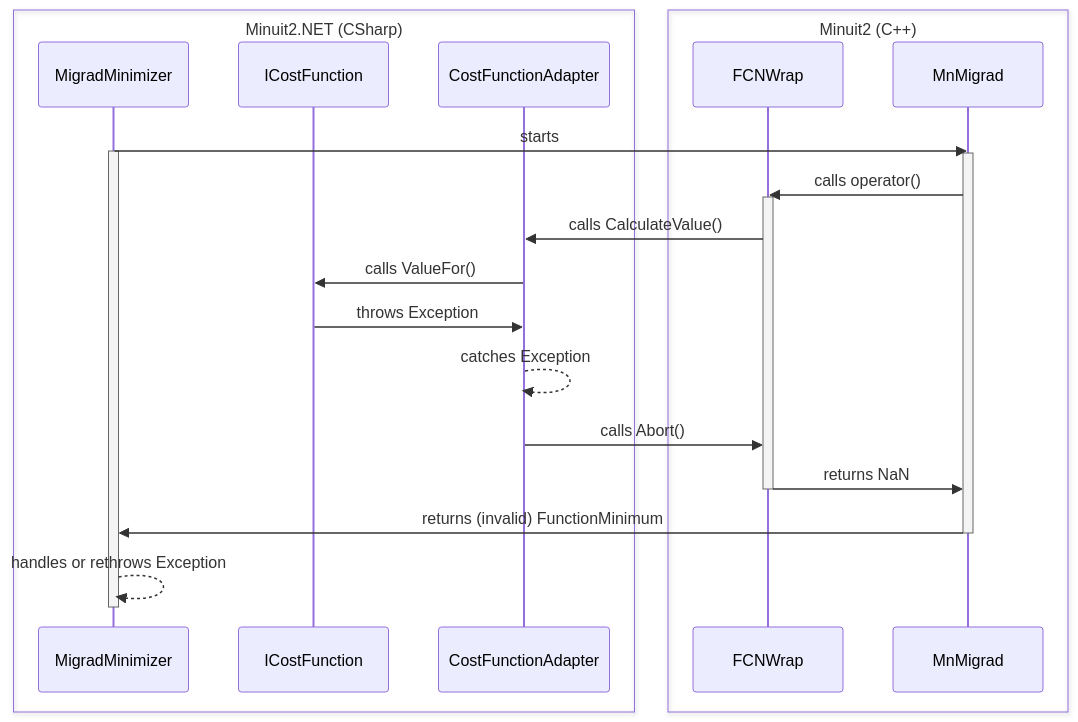
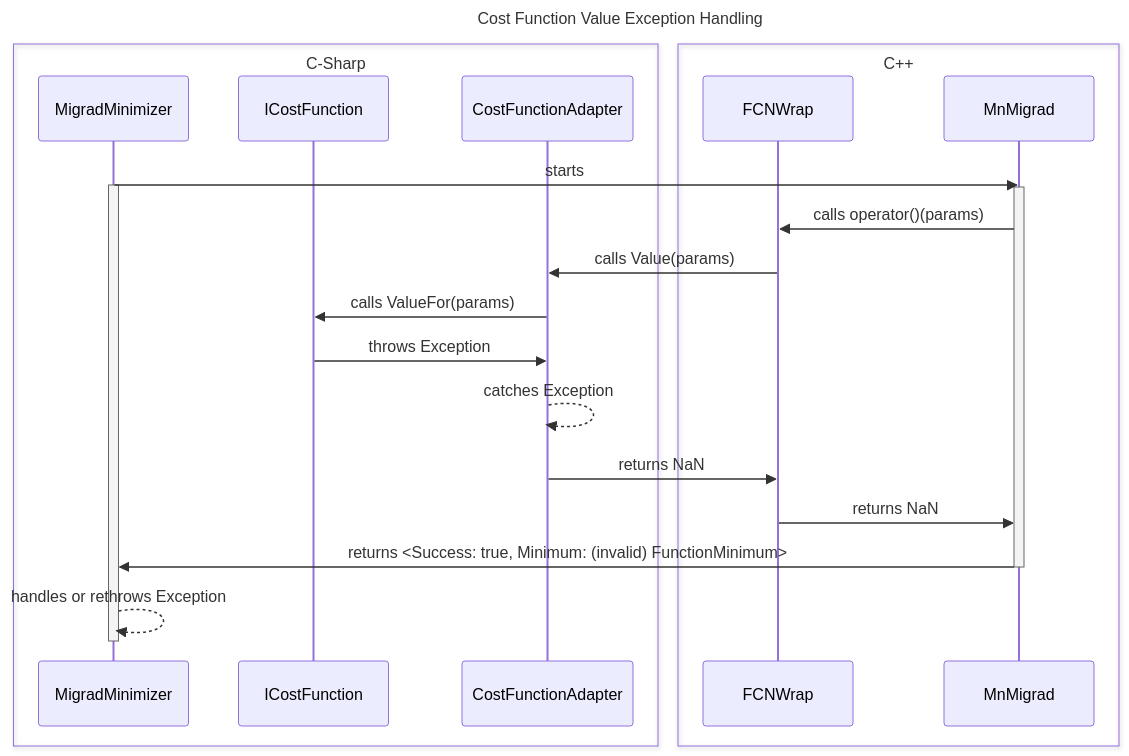
The first of 2 diagrams in minuit2.wrap/README.md (bruker-biosensors/minuit2.net), drawn with Mermaid before and after one commit. The commit also changed other lines of this file, not shown here.

Commit message:
docs: Update exception handling readme

````diff
--- a/minuit2.wrap/README.md
+++ b/minuit2.wrap/README.md
@@ -34,31 +42,31 @@
 ``` mermaid
 sequenceDiagram
 
-box Minuit2.NET (CSharp)
+title Cost Function Value Exception Handling
+
+box C-Sharp
     participant MigradMinimizer
     participant ICostFunction
     participant CostFunctionAdapter
     end
 
-box Minuit2 (C++)
+box C++
     participant FCNWrap
     participant MnMigrad
     end
 
     MigradMinimizer ->> MnMigrad: starts
     activate MigradMinimizer
     activate MnMigrad
-    MnMigrad ->> FCNWrap: calls operator()
-    activate FCNWrap
-    FCNWrap ->> CostFunctionAdapter: calls CalculateValue()
-    CostFunctionAdapter ->> ICostFunction: calls ValueFor()
+    MnMigrad ->> FCNWrap: calls operator()(params)
+    FCNWrap ->> CostFunctionAdapter: calls Value(params)
+    CostFunctionAdapter ->> ICostFunction: calls ValueFor(params)
     ICostFunction ->> CostFunctionAdapter: throws Exception
     CostFunctionAdapter -->> CostFunctionAdapter: catches Exception
-    CostFunctionAdapter ->> FCNWrap: calls Abort()
+    CostFunctionAdapter ->> FCNWrap: returns NaN
     FCNWrap ->> MnMigrad: returns NaN
-    deactivate FCNWrap
-    MnMigrad ->> MigradMinimizer: returns (invalid) FunctionMinimum
+    MnMigrad ->> MigradMinimizer: returns <Success: true, Minimum: (invalid) FunctionMinimum>
     deactivate MnMigrad
     MigradMinimizer -->> MigradMinimizer: handles or rethrows Exception
     deactivate MigradMinimizer
 ```
````
